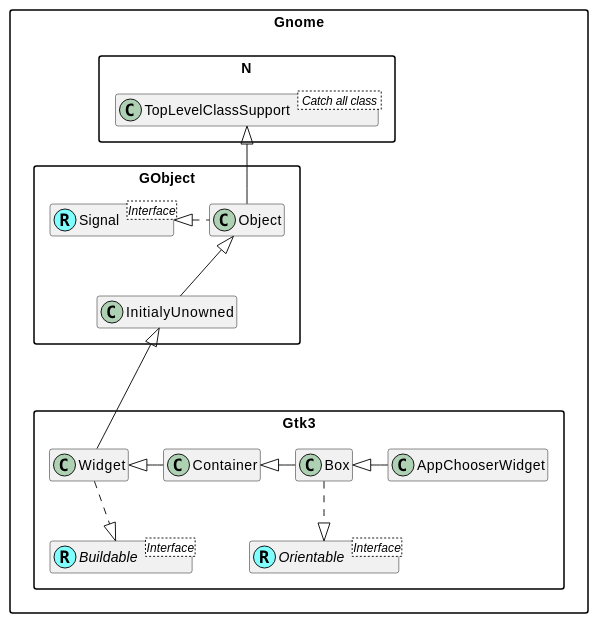
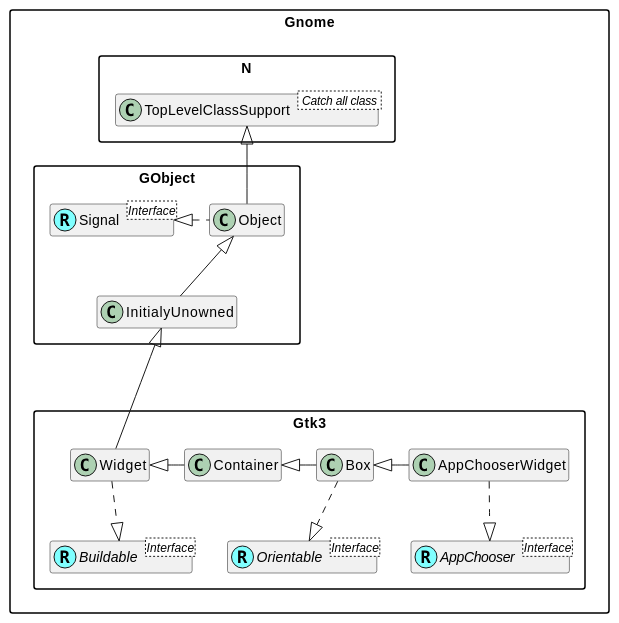
Before and after one commit to MARTIMM/gnome-gtk3: the diagram in doc/plantuml/AppChooserWidget.md, drawn with PlantUML. The commit also changed 4 other files, not shown here.

````diff
--- a/doc/plantuml/AppChooserWidget.md
+++ b/doc/plantuml/AppChooserWidget.md
@@ -1,58 +1,40 @@
 ```plantuml
 @startuml
 skinparam packageStyle rectangle
 skinparam stereotypeCBackgroundColor #80ffff
 set namespaceSeparator ::
 hide members
 
 'Class and interface decorations
 class Gnome::N::TopLevelClassSupport < Catch all class >
 
 Interface Gnome::GObject::Signal <Interface>
 class Gnome::GObject::Signal <<(R,#80ffff)>>
 
 class Gnome::Gtk3::Buildable <<(R,#80ffff)>>
 Interface Gnome::Gtk3::Buildable <Interface>
 
-'class Gnome::Gtk3::ColorChooser <<(R,#80ffff)>>
-'Interface Gnome::Gtk3::ColorChooser <Interface>
-
 class Gnome::Gtk3::Orientable <<(R,#80ffff)>>
 Interface Gnome::Gtk3::Orientable <Interface>
+
+class Gnome::Gtk3::AppChooser <<(R,#80ffff)>>
+Interface Gnome::Gtk3::AppChooser <Interface>
 
 
 'Class connections
 Gnome::N::TopLevelClassSupport <|-- Gnome::GObject::Object
 Gnome::GObject::Object <|-- Gnome::GObject::InitialyUnowned
 Gnome::GObject::Signal <|. Gnome::GObject::Object
 
 Gnome::GObject::InitialyUnowned <|--- Gnome::Gtk3::Widget
 
 Gnome::Gtk3::Widget <|- Gnome::Gtk3::Container
 Gnome::Gtk3::Widget ..|> Gnome::Gtk3::Buildable
 
 Gnome::Gtk3::Container <|- Gnome::Gtk3::Box
-Gnome::Gtk3::Box <|- Gnome::Gtk3::AppChooserWidget
 Gnome::Gtk3::Box ..|> Gnome::Gtk3::Orientable
 
-'Gnome::Gtk3::Bin <|- Gnome::Gtk3::Window
-'Gnome::Gtk3::Window <|-- Gnome::Gtk3::Dialog
-
-'Gnome::Gtk3::Dialog <|-- Gnome::Gtk3::AboutDialog
-
-'Gnome::Gtk3::Dialog <|-- Gnome::Gtk3::ColorChooserDialog
-'Gnome::Gtk3::ColorChooser <|- Gnome::Gtk3::ColorChooserDialog
-
-'Gnome::Gtk3::Dialog <|-- Gnome::Gtk3::FileChooserDialog
-'Gnome::Gtk3::Dialog <|-- Gnome::Gtk3::MessageDialog
-
-'Gnome::Gtk3::Dialog <|-- Gnome::Gtk3::AppChooserDialog
-'Gnome::Gtk3::AppChooser <|.. Gnome::Gtk3::AppChooserDialog
-
-'Gnome::Gtk3::Dialog <|-- Gnome::Gtk3::FontChooserDialog
-'Gnome::Gtk3::Dialog <|-- Gnome::Gtk3::RecentChooserDialog
-
-'Some hidden connections
-'Gnome::GObject <--[hidden]- Gnome::Gtk3
+Gnome::Gtk3::Box <|- Gnome::Gtk3::AppChooserWidget
+Gnome::Gtk3::AppChooserWidget ..|> Gnome::Gtk3::AppChooser
 @enduml
 ```
````
